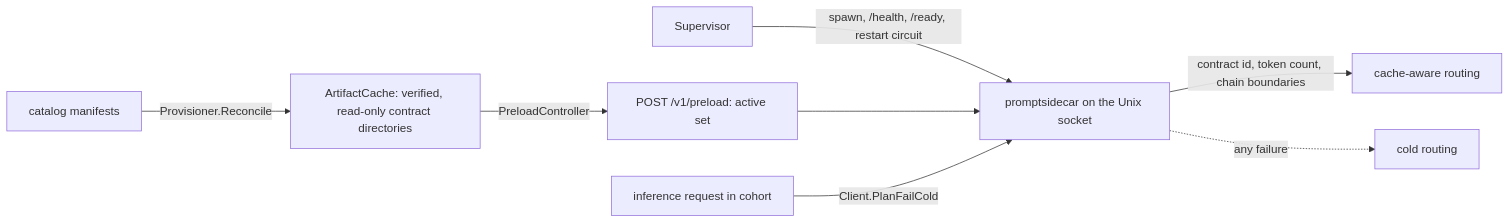
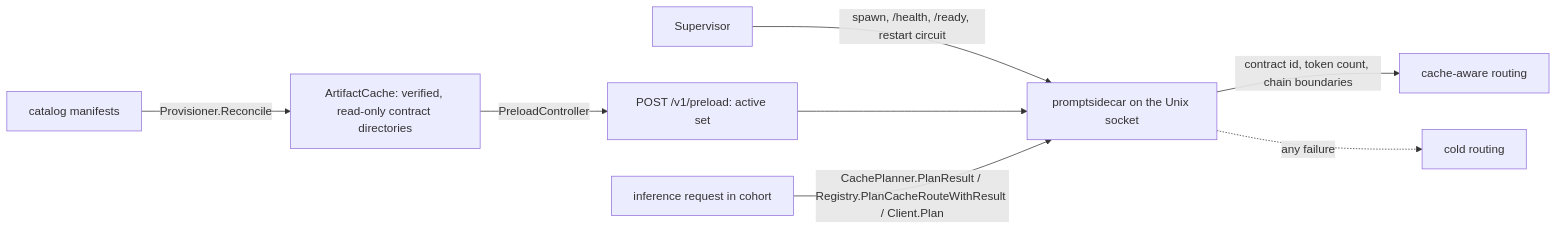
Before and after one commit to Layr-Labs/d-inference: the diagram in docs/architecture/prompt-contract-sidecar.md, drawn with Mermaid. The commit also changed other lines of this file and 59 other files, not shown here.

First line of the commit message:
fix(cache): bound planner admission and isolate contract readiness (#1213)

````diff
--- a/docs/architecture/prompt-contract-sidecar.md
+++ b/docs/architecture/prompt-contract-sidecar.md
@@ -45,10 +58,10 @@
 ```mermaid
 flowchart LR
     CAT[catalog manifests] -- Provisioner.Reconcile --> AC[ArtifactCache: verified, read-only contract directories]
     AC -- PreloadController --> PRE[POST /v1/preload: active set]
     SUP[Supervisor] -- spawn, /health, /ready, restart circuit --> SC[promptsidecar on the Unix socket]
     PRE --> SC
-    REQ[inference request in cohort] -- Client.PlanFailCold --> SC
+    REQ[inference request in cohort] -- CachePlanner.PlanResult / Registry.PlanCacheRouteWithResult / Client.Plan --> SC
     SC -- contract id, token count, chain boundaries --> ROUTE[cache-aware routing]
     SC -. any failure .-> COLD[cold routing]
 ```
````
